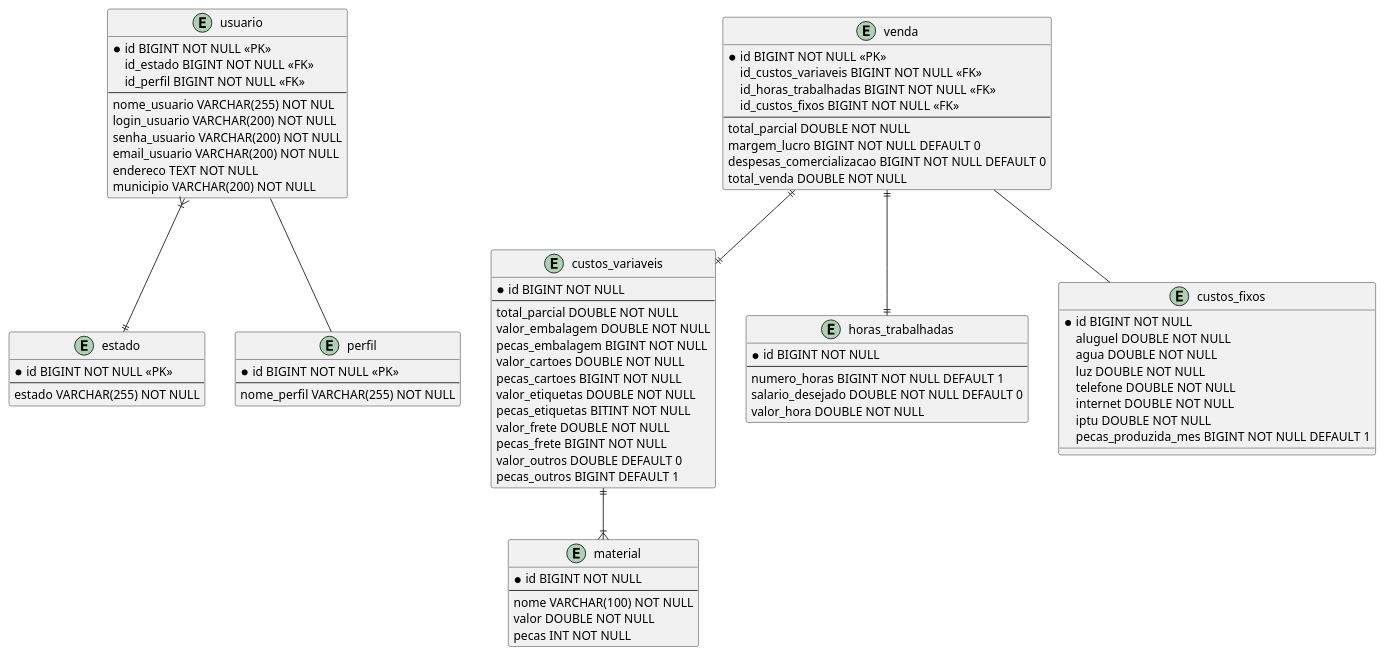
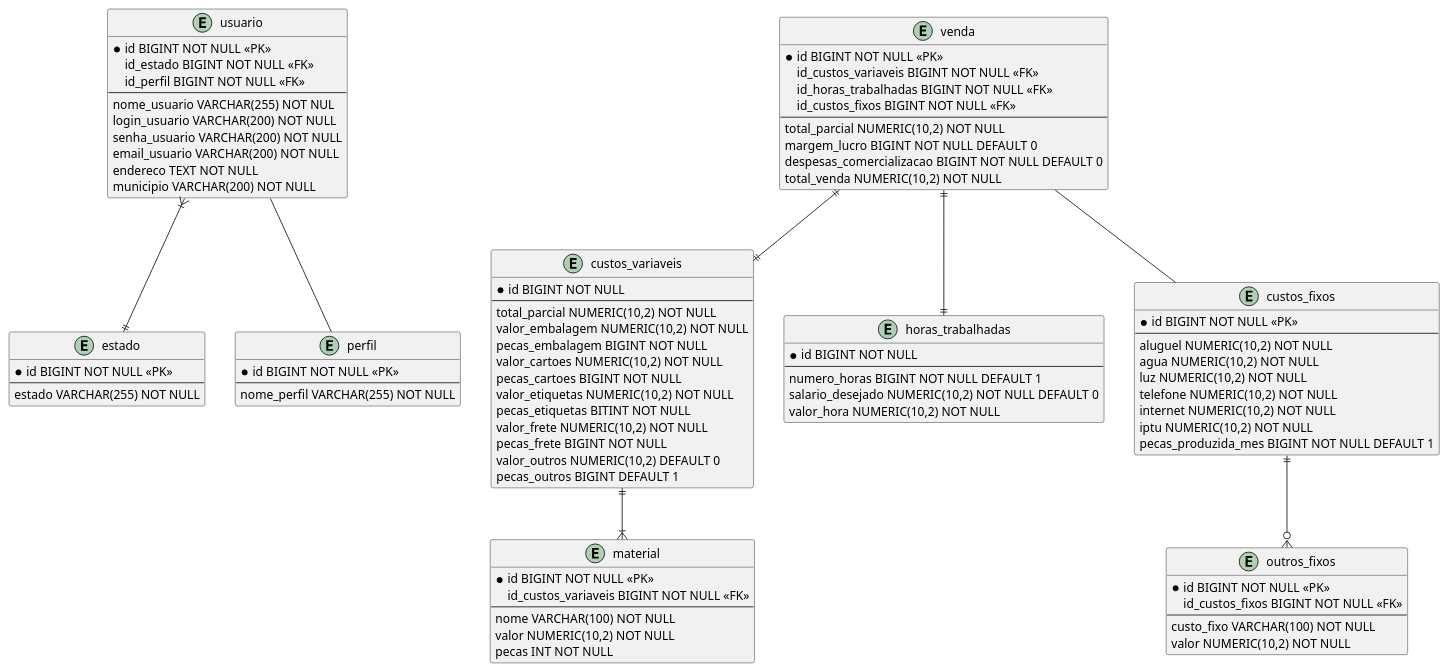
One commit to galaticghost/precificacao-pecas changed the diagram in modelagem/banco.wsd. Above: the diagram before and after it, drawn with PlantUML. The commit also changed 2 other files, not shown here.

```diff
--- a/modelagem/banco.wsd
+++ b/modelagem/banco.wsd
@@ -1,90 +1,101 @@
 @startuml Banco
 
 entity usuario {
     *id BIGINT NOT NULL <<PK>>
     id_estado BIGINT NOT NULL <<FK>>
     id_perfil BIGINT NOT NULL <<FK>>
     --
     nome_usuario VARCHAR(255) NOT NUL
     login_usuario VARCHAR(200) NOT NULL
     senha_usuario VARCHAR(200) NOT NULL
     email_usuario VARCHAR(200) NOT NULL
     endereco TEXT NOT NULL
     municipio VARCHAR(200) NOT NULL
 }
 
 entity estado {
     *id BIGINT NOT NULL <<PK>>
     --
     estado VARCHAR(255) NOT NULL
 }
 
 entity perfil {
     *id BIGINT NOT NULL <<PK>>
     --
     nome_perfil VARCHAR(255) NOT NULL
 }
 
 entity custos_variaveis {
     *id BIGINT NOT NULL
     --
-    total_parcial DOUBLE NOT NULL
-    valor_embalagem DOUBLE NOT NULL
+    total_parcial NUMERIC(10,2) NOT NULL
+    valor_embalagem NUMERIC(10,2) NOT NULL
     pecas_embalagem BIGINT NOT NULL
-    valor_cartoes DOUBLE NOT NULL
+    valor_cartoes NUMERIC(10,2) NOT NULL
     pecas_cartoes BIGINT NOT NULL
-    valor_etiquetas DOUBLE NOT NULL
+    valor_etiquetas NUMERIC(10,2) NOT NULL
     pecas_etiquetas BITINT NOT NULL
-    valor_frete DOUBLE NOT NULL
+    valor_frete NUMERIC(10,2) NOT NULL
     pecas_frete BIGINT NOT NULL
-    valor_outros DOUBLE DEFAULT 0
+    valor_outros NUMERIC(10,2) DEFAULT 0
     pecas_outros BIGINT DEFAULT 1
 }
 
 entity horas_trabalhadas {
     *id BIGINT NOT NULL
     --
     numero_horas BIGINT NOT NULL DEFAULT 1
-    salario_desejado DOUBLE NOT NULL DEFAULT 0
-    valor_hora DOUBLE NOT NULL 
+    salario_desejado NUMERIC(10,2) NOT NULL DEFAULT 0
+    valor_hora NUMERIC(10,2) NOT NULL 
 }
 
 entity custos_fixos {
-    *id BIGINT NOT NULL
-    aluguel DOUBLE NOT NULL
-    agua DOUBLE NOT NULL
-    luz DOUBLE NOT NULL
-    telefone DOUBLE NOT NULL
-    internet DOUBLE NOT NULL
-    iptu DOUBLE NOT NULL
+    *id BIGINT NOT NULL <<PK>>
+    --
+    aluguel NUMERIC(10,2) NOT NULL
+    agua NUMERIC(10,2) NOT NULL
+    luz NUMERIC(10,2) NOT NULL
+    telefone NUMERIC(10,2) NOT NULL
+    internet NUMERIC(10,2) NOT NULL
+    iptu NUMERIC(10,2) NOT NULL
     pecas_produzida_mes BIGINT NOT NULL DEFAULT 1
 }
 
+entity outros_fixos {
+    *id BIGINT NOT NULL <<PK>>
+    id_custos_fixos BIGINT NOT NULL <<FK>>
+    --
+    custo_fixo VARCHAR(100) NOT NULL
+    valor NUMERIC(10,2) NOT NULL
+}
+
 entity material {
-    *id BIGINT NOT NULL
+    *id BIGINT NOT NULL <<PK>>
+    id_custos_variaveis BIGINT NOT NULL <<FK>>
     --
     nome VARCHAR(100) NOT NULL
-    valor DOUBLE NOT NULL
+    valor NUMERIC(10,2) NOT NULL
     pecas INT NOT NULL
 }
 
 entity venda {
     *id BIGINT NOT NULL <<PK>>
     id_custos_variaveis BIGINT NOT NULL <<FK>>
     id_horas_trabalhadas BIGINT NOT NULL <<FK>>
     id_custos_fixos BIGINT NOT NULL <<FK>>
     --
-    total_parcial DOUBLE NOT NULL
+    total_parcial NUMERIC(10,2) NOT NULL
     margem_lucro BIGINT NOT NULL DEFAULT 0
     despesas_comercializacao BIGINT NOT NULL DEFAULT 0
-    total_venda DOUBLE NOT NULL
+    total_venda NUMERIC(10,2) NOT NULL
 }
 
 usuario }|--|| estado
 usuario -- perfil
 venda ||--|| custos_variaveis
 venda ||--|| horas_trabalhadas
 venda -- custos_fixos
 custos_variaveis ||--|{ material
+custos_fixos ||--o{ outros_fixos
 
 @enduml
```
